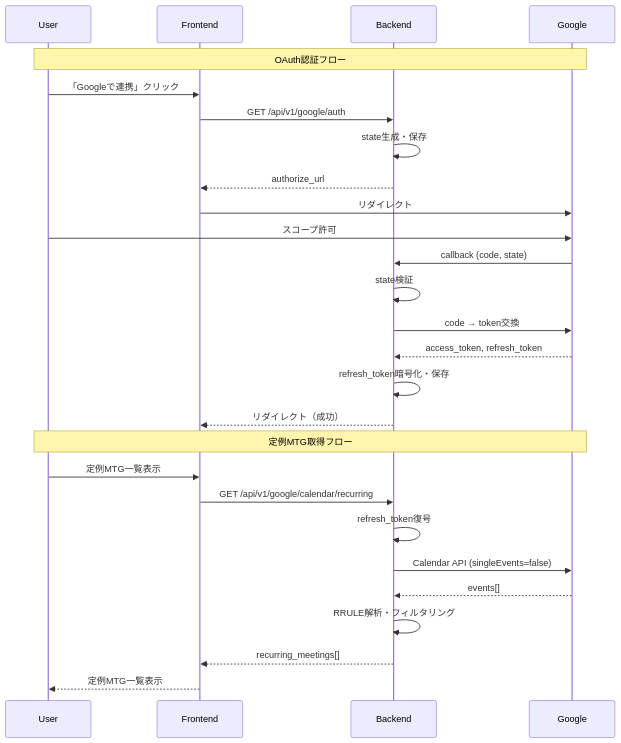
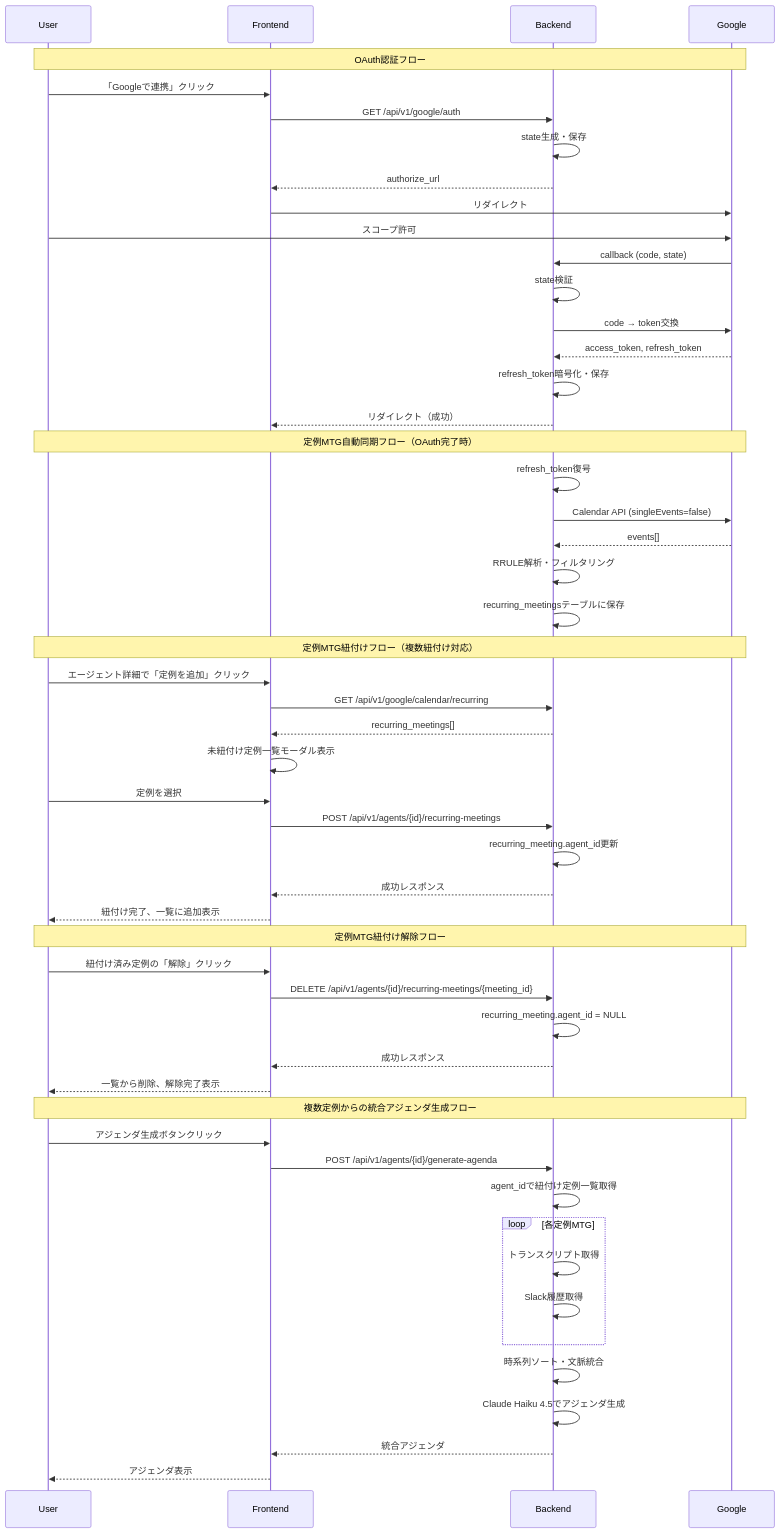
Before and after one commit to myksyut/shitaku-ai: the second of 3 diagrams in docs/design/google-workspace-integration-design.md, drawn with Mermaid. The commit also changed other lines of this file and 48 other files, not shown here.

````diff
--- a/docs/design/google-workspace-integration-design.md
+++ b/docs/design/google-workspace-integration-design.md
@@ -250,31 +296,59 @@
 ```mermaid
 sequenceDiagram
     participant User
     participant Frontend
     participant Backend
     participant Google
 
     Note over User,Google: OAuth認証フロー
     User->>Frontend: 「Googleで連携」クリック
     Frontend->>Backend: GET /api/v1/google/auth
     Backend->>Backend: state生成・保存
     Backend-->>Frontend: authorize_url
     Frontend->>Google: リダイレクト
     User->>Google: スコープ許可
     Google->>Backend: callback (code, state)
     Backend->>Backend: state検証
     Backend->>Google: code → token交換
     Google-->>Backend: access_token, refresh_token
     Backend->>Backend: refresh_token暗号化・保存
     Backend-->>Frontend: リダイレクト（成功）
 
-    Note over User,Google: 定例MTG取得フロー
-    User->>Frontend: 定例MTG一覧表示
-    Frontend->>Backend: GET /api/v1/google/calendar/recurring
+    Note over User,Google: 定例MTG自動同期フロー（OAuth完了時）
     Backend->>Backend: refresh_token復号
     Backend->>Google: Calendar API (singleEvents=false)
     Google-->>Backend: events[]
     Backend->>Backend: RRULE解析・フィルタリング
+    Backend->>Backend: recurring_meetingsテーブルに保存
+
+    Note over User,Google: 定例MTG紐付けフロー（複数紐付け対応）
+    User->>Frontend: エージェント詳細で「定例を追加」クリック
+    Frontend->>Backend: GET /api/v1/google/calendar/recurring
     Backend-->>Frontend: recurring_meetings[]
-    Frontend-->>User: 定例MTG一覧表示
+    Frontend->>Frontend: 未紐付け定例一覧モーダル表示
+    User->>Frontend: 定例を選択
+    Frontend->>Backend: POST /api/v1/agents/{id}/recurring-meetings
+    Backend->>Backend: recurring_meeting.agent_id更新
+    Backend-->>Frontend: 成功レスポンス
+    Frontend-->>User: 紐付け完了、一覧に追加表示
+
+    Note over User,Google: 定例MTG紐付け解除フロー
+    User->>Frontend: 紐付け済み定例の「解除」クリック
+    Frontend->>Backend: DELETE /api/v1/agents/{id}/recurring-meetings/{meeting_id}
+    Backend->>Backend: recurring_meeting.agent_id = NULL
+    Backend-->>Frontend: 成功レスポンス
+    Frontend-->>User: 一覧から削除、解除完了表示
+
+    Note over User,Google: 複数定例からの統合アジェンダ生成フロー
+    User->>Frontend: アジェンダ生成ボタンクリック
+    Frontend->>Backend: POST /api/v1/agents/{id}/generate-agenda
+    Backend->>Backend: agent_idで紐付け定例一覧取得
+    loop 各定例MTG
+        Backend->>Backend: トランスクリプト取得
+        Backend->>Backend: Slack履歴取得
+    end
+    Backend->>Backend: 時系列ソート・文脈統合
+    Backend->>Backend: Claude Haiku 4.5でアジェンダ生成
+    Backend-->>Frontend: 統合アジェンダ
+    Frontend-->>User: アジェンダ表示
 ```
````
